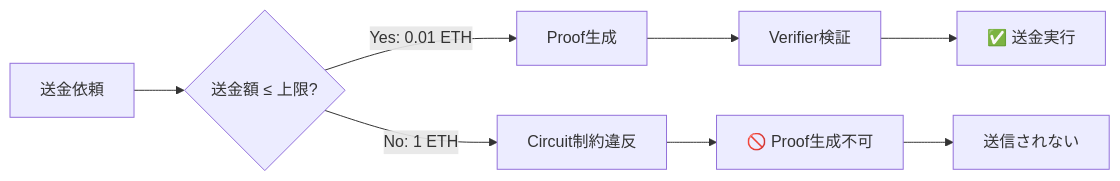
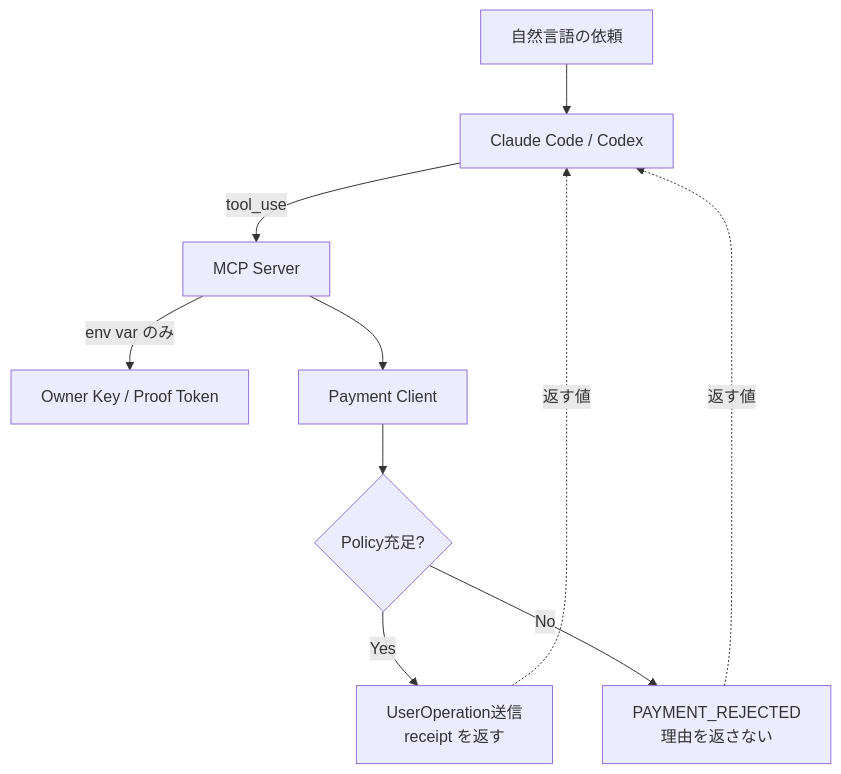
One commit to Komlock-lab/zk-policy-poc changed the third of 4 diagrams in slides/slides.md. Above: the diagram before and after it, drawn with Mermaid. The commit also changed other lines of this file, not shown here.

````diff
--- a/slides/slides.md
+++ b/slides/slides.md
@@ -170,6 +382,12 @@
-```mermaid {scale: 0.8}
-flowchart LR
-    P["送金依頼"] --> Q{"送金額 ≤ 上限?"}
-    Q -->|"Yes: 0.01 ETH"| R["Proof生成"] --> S["Verifier検証"] --> T["✅ 送金実行"]
-    Q -->|"No: 1 ETH"| U["Circuit制約違反"] --> V["🚫 Proof生成不可"] --> W["送信されない"]
+```mermaid {scale: 0.62}
+flowchart TB
+    u["自然言語の依頼"] --> a["Claude Code / Codex"]
+    a -->|"tool_use"| m["MCP Server"]
+    m -->|"env var のみ"| k["Owner Key / Proof Token"]
+    m --> c["Payment Client"]
+    c --> r{"Policy充足?"}
+    r -->|"Yes"| ok["UserOperation送信<br/>receipt を返す"]
+    r -->|"No"| ng["PAYMENT_REJECTED<br/>理由を返さない"]
+    ok -.->|"返す値"| a
+    ng -.->|"返す値"| a
 ```
````
